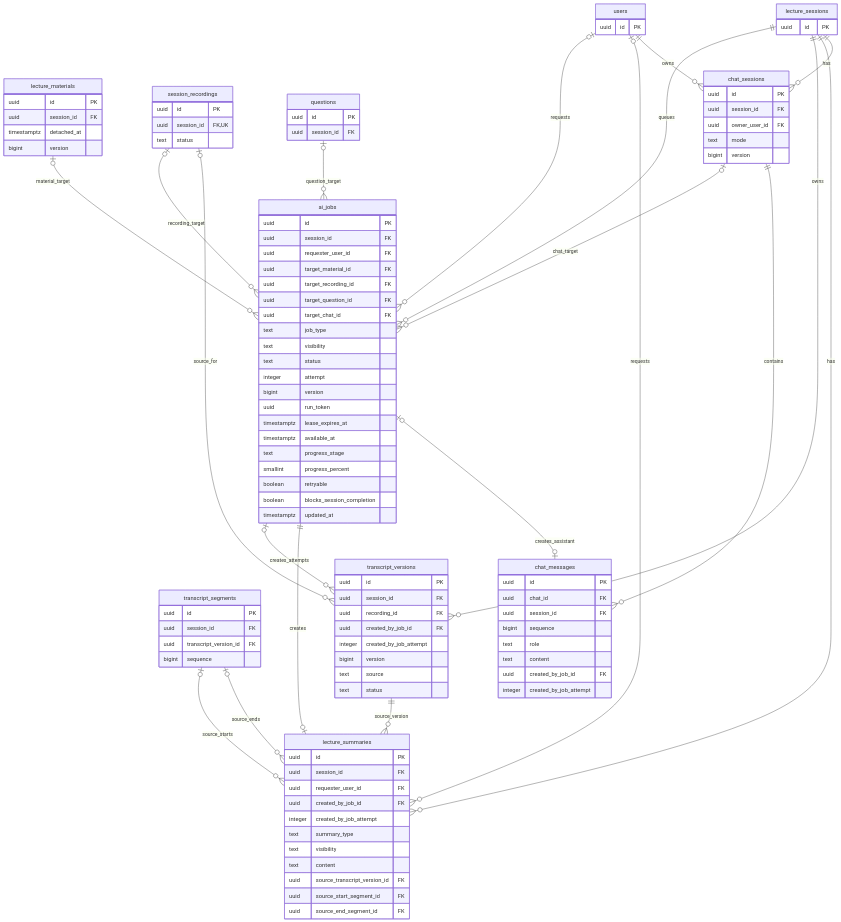
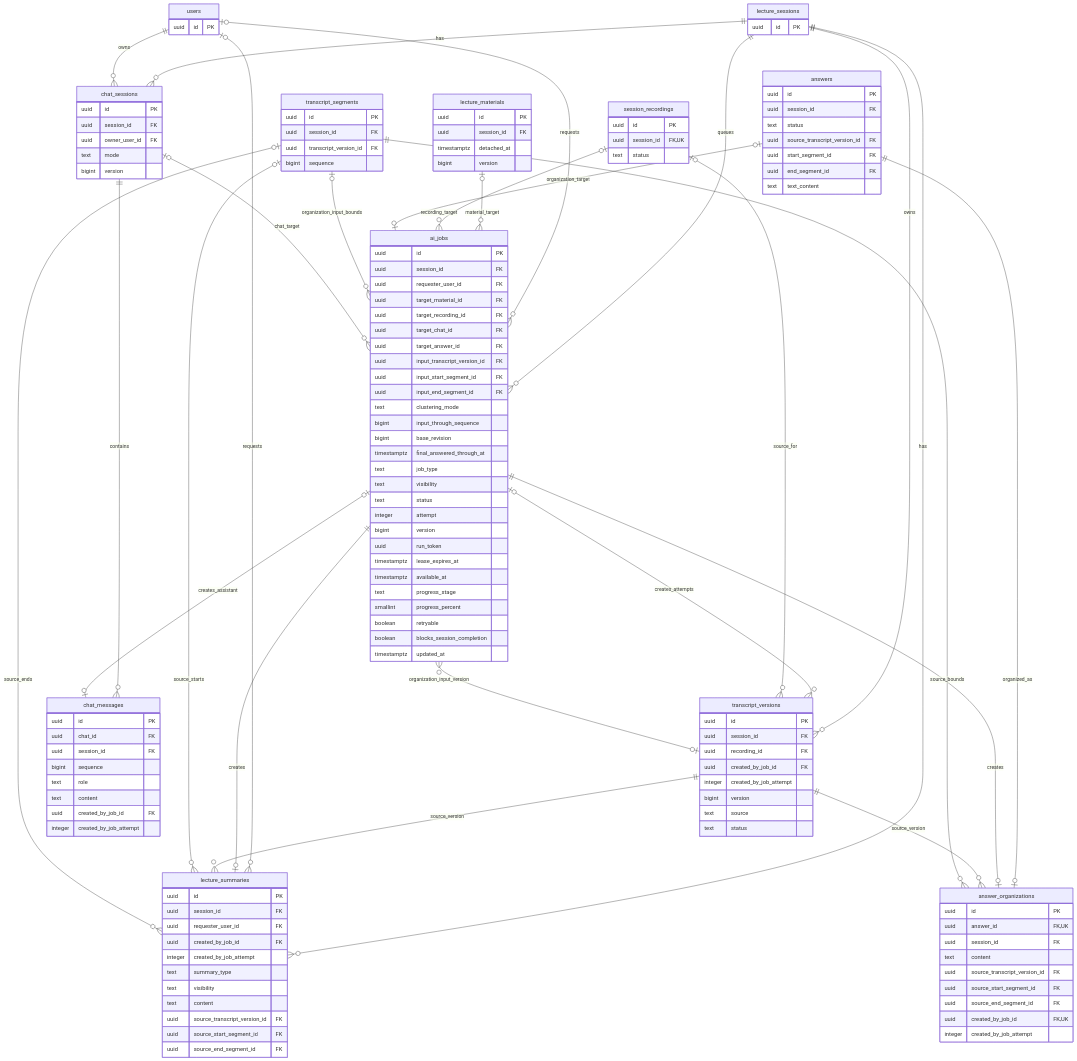
Before and after one commit to madcamp-official/26s-w2-c2-08: the fourth of 5 diagrams in docs/database/ERD.md, drawn with Mermaid. The commit also changed other lines of this file and 1 other file, not shown here.

Commit message:
문서: 질문 clustering과 Answer organization 무결성 정의

```diff
--- a/docs/database/ERD.md
+++ b/docs/database/ERD.md
@@ -437,11 +531,6 @@
         text status
     }
 
-    questions["questions"] {
-        uuid id PK
-        uuid session_id FK
-    }
-
     transcriptSegments["transcript_segments"] {
         uuid id PK
         uuid session_id FK
@@ -460,14 +549,31 @@
         text status
     }
 
+    answers["answers"] {
+        uuid id PK
+        uuid session_id FK
+        text status
+        uuid source_transcript_version_id FK
+        uuid start_segment_id FK
+        uuid end_segment_id FK
+        text text_content
+    }
+
     aiJobs["ai_jobs"] {
         uuid id PK
         uuid session_id FK
         uuid requester_user_id FK
         uuid target_material_id FK
         uuid target_recording_id FK
-        uuid target_question_id FK
         uuid target_chat_id FK
+        uuid target_answer_id FK
+        uuid input_transcript_version_id FK
+        uuid input_start_segment_id FK
+        uuid input_end_segment_id FK
+        text clustering_mode
+        bigint input_through_sequence
+        bigint base_revision
+        timestamptz final_answered_through_at
         text job_type
         text visibility
         text status
@@ -497,6 +603,18 @@
         uuid source_end_segment_id FK
     }
 
+    answerOrganizations["answer_organizations"] {
+        uuid id PK
+        uuid answer_id FK,UK
+        uuid session_id FK
+        text content
+        uuid source_transcript_version_id FK
+        uuid source_start_segment_id FK
+        uuid source_end_segment_id FK
+        uuid created_by_job_id FK,UK
+        integer created_by_job_attempt
+    }
+
     chatSessions["chat_sessions"] {
         uuid id PK
         uuid session_id FK
@@ -521,7 +639,9 @@
     users o|--o{ aiJobs : requests
     lectureMaterials o|--o{ aiJobs : material_target
     sessionRecordings o|--o{ aiJobs : recording_target
-    questions o|--o{ aiJobs : question_target
+    answers o|--o| aiJobs : organization_target
+    transcriptVersions o|--o{ aiJobs : organization_input_version
+    transcriptSegments o|--o{ aiJobs : organization_input_bounds
     aiJobs o|--o{ transcriptVersions : creates_attempts
     sessionRecordings o|--o{ transcriptVersions : source_for
     lectureSessions ||--o{ lectureSummaries : has
@@ -530,6 +650,10 @@
     transcriptVersions ||--o{ lectureSummaries : source_version
     transcriptSegments o|--o{ lectureSummaries : source_starts
     transcriptSegments o|--o{ lectureSummaries : source_ends
+    answers ||--o| answerOrganizations : organized_as
+    aiJobs ||--o| answerOrganizations : creates
+    transcriptVersions ||--o{ answerOrganizations : source_version
+    transcriptSegments ||--o{ answerOrganizations : source_bounds
     lectureSessions ||--o{ chatSessions : has
     users ||--o{ chatSessions : owns
     chatSessions o|--o{ aiJobs : chat_target
```
